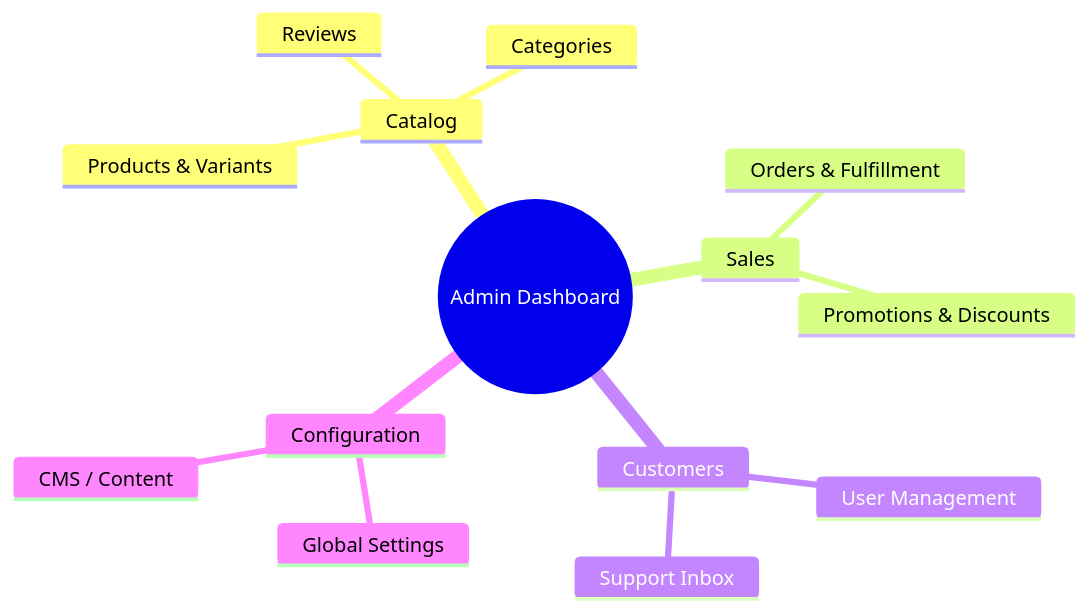
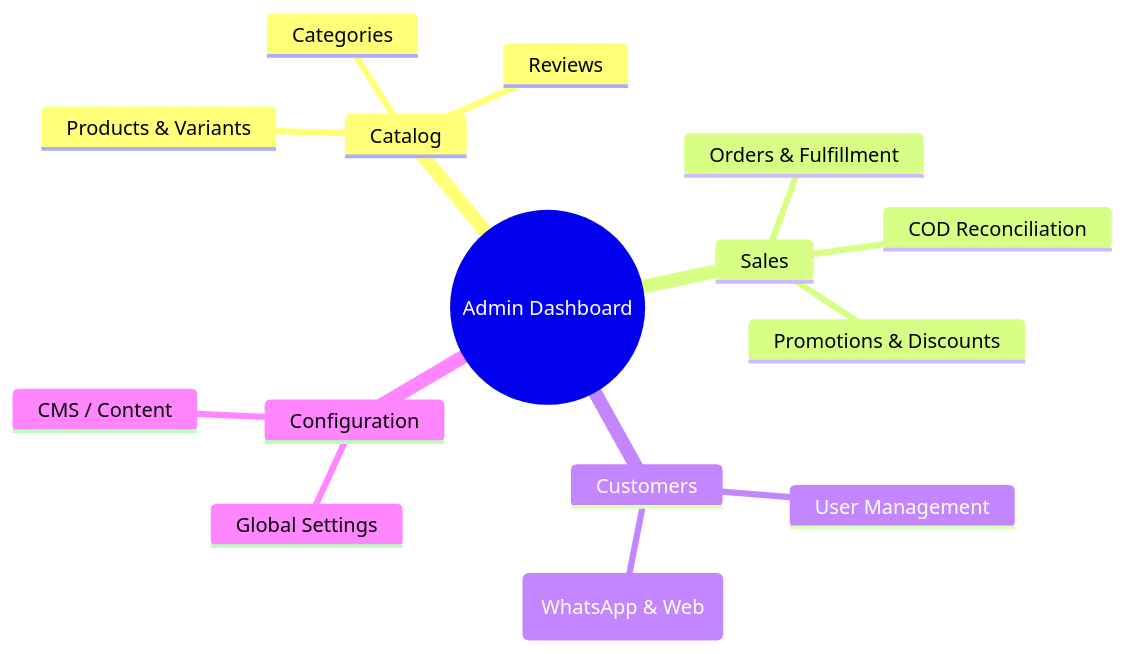
One commit to digeesh09/noeve-store changed the second of 2 diagrams in docs/USER_MANUAL.md. Above: the diagram before and after it, drawn with Mermaid. The commit also changed other lines of this file and 22 other files, not shown here.

Commit message:
feat: complete COD reconciliation, WhatsApp integration, update manuals and prisma schema

````diff
--- a/docs/USER_MANUAL.md
+++ b/docs/USER_MANUAL.md
@@ -57,17 +57,18 @@
 ```mermaid
 mindmap
   root((Admin Dashboard))
     Catalog
       Products & Variants
       Categories
       Reviews
     Sales
       Orders & Fulfillment
+      COD Reconciliation
       Promotions & Discounts
     Customers
       User Management
-      Support Inbox
+      Support Inbox (WhatsApp & Web)
     Configuration
       Global Settings
       CMS / Content
 ```
````
